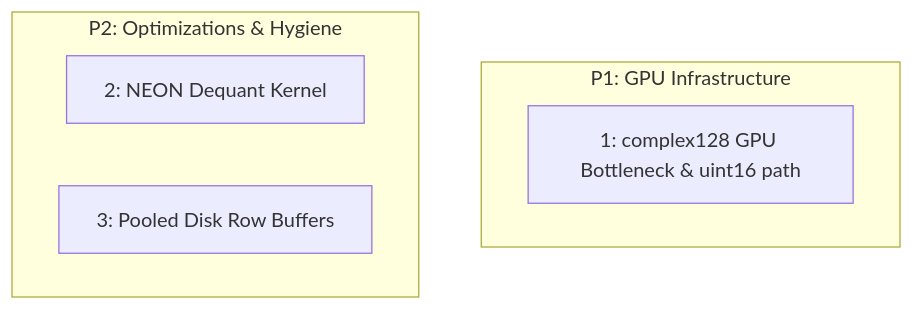
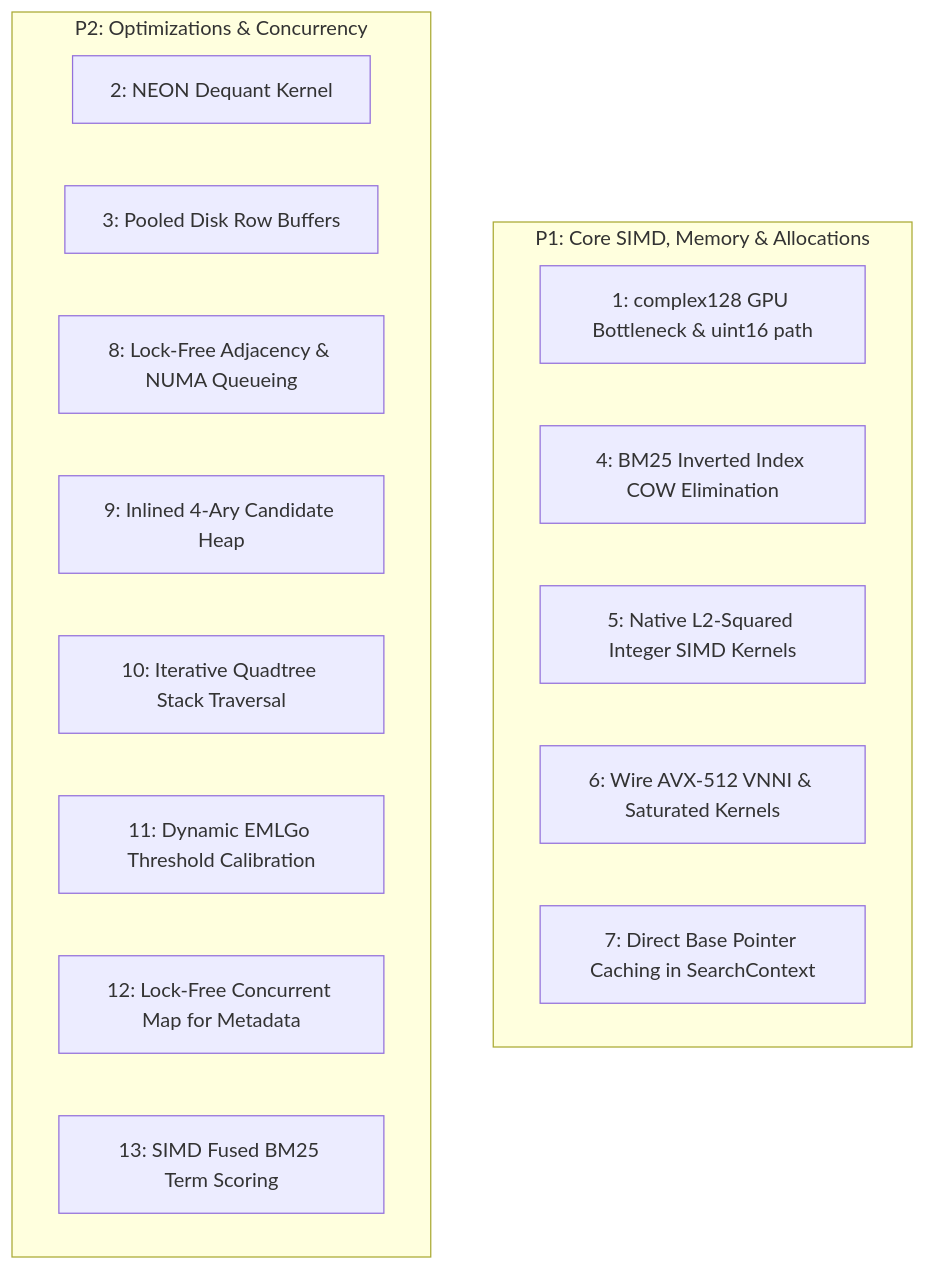
One commit to 23skdu/longbow changed the diagram in docs/roadmap.md. Above: the diagram before and after it, drawn with Mermaid. The commit also changed other lines of this file and 5 other files, not shown here.

Commit message:
benchmarks: document AVX-512 unpinned 8-worker policy, update roadmap, and fix TQ SIMD kernel parity

````diff
--- a/docs/roadmap.md
+++ b/docs/roadmap.md
@@ -16,10 +26,20 @@
 ```mermaid
 graph TD
-    subgraph P1["P1: GPU Infrastructure"]
+    subgraph P1["P1: Core SIMD, Memory & Allocations"]
         I1["1: complex128 GPU Bottleneck & uint16 path"]
+        I4["4: BM25 Inverted Index COW Elimination"]
+        I5["5: Native L2-Squared Integer SIMD Kernels"]
+        I6["6: Wire AVX-512 VNNI & Saturated Kernels"]
+        I7["7: Direct Base Pointer Caching in SearchContext"]
     end
-    subgraph P2["P2: Optimizations & Hygiene"]
+    subgraph P2["P2: Optimizations & Concurrency"]
         I2["2: NEON Dequant Kernel"]
         I3["3: Pooled Disk Row Buffers"]
+        I8["8: Lock-Free Adjacency & NUMA Queueing"]
+        I9["9: Inlined 4-Ary Candidate Heap"]
+        I10["10: Iterative Quadtree Stack Traversal"]
+        I11["11: Dynamic EMLGo Threshold Calibration"]
+        I12["12: Lock-Free Concurrent Map for Metadata"]
+        I13["13: SIMD Fused BM25 Term Scoring"]
     end
 ```
````
